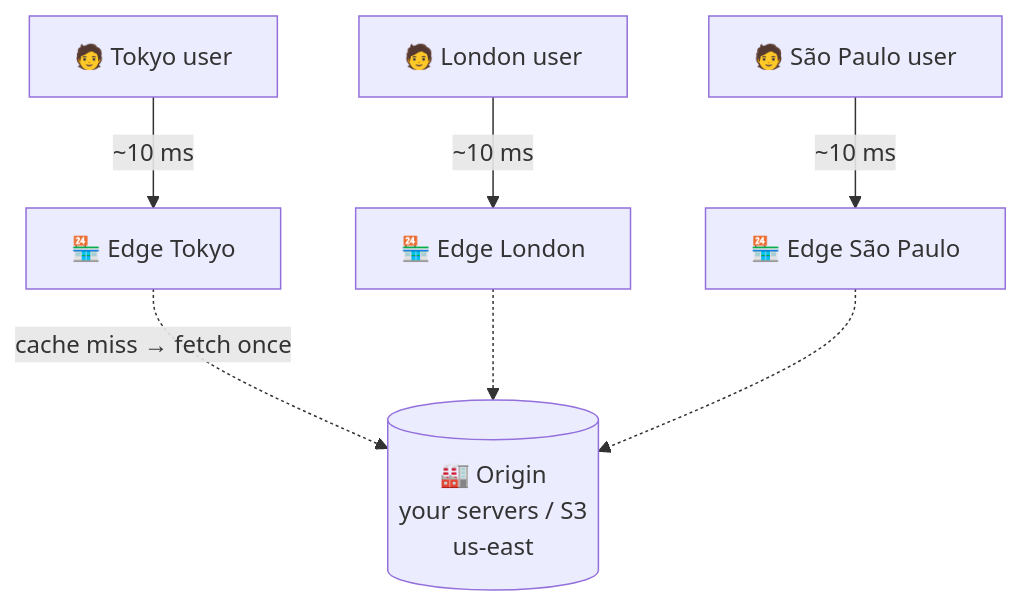
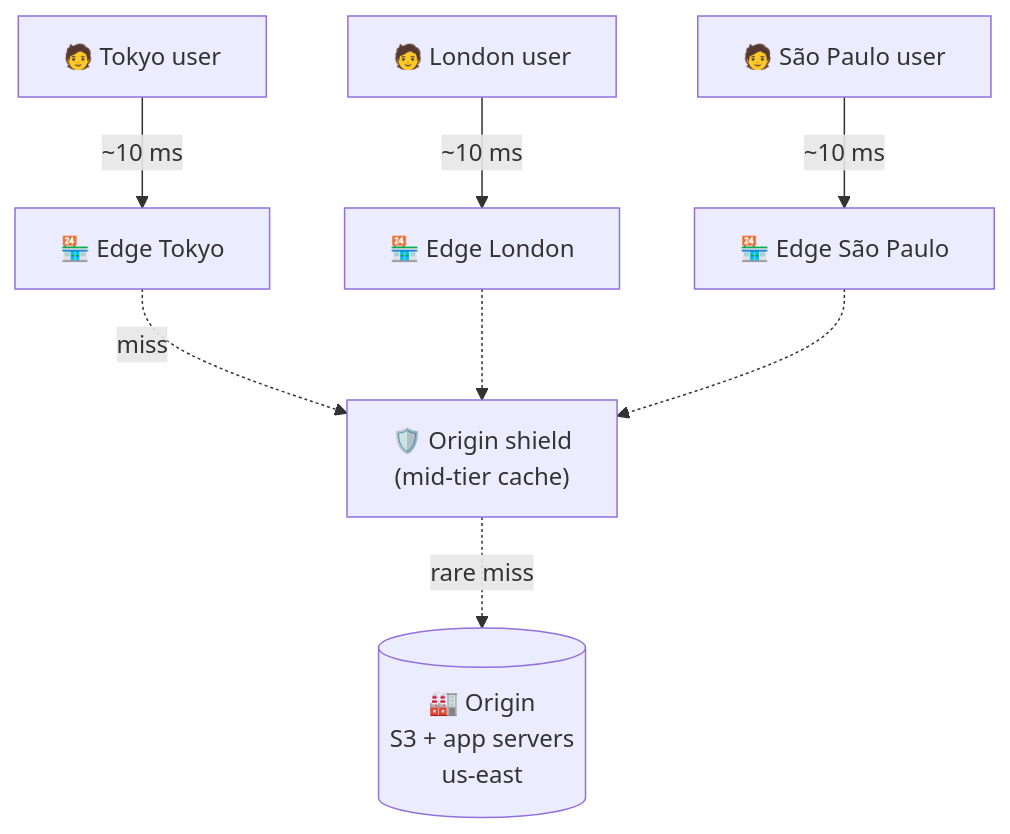
The diagram in phases/03-scaling-basics/023-cdn.md (winnyboy5/System-Design-from-Atoms), drawn with Mermaid before and after one commit. The commit also changed other lines of this file and 9 other files, not shown here.

````diff
--- a/phases/03-scaling-basics/023-cdn.md
+++ b/phases/03-scaling-basics/023-cdn.md
@@ -26,10 +36,11 @@
 ```mermaid
 flowchart TB
-    O[("🏭 Origin<br/>your servers / S3<br/>us-east")]
-    E1["🏪 Edge Tokyo"] -.->|"cache miss → fetch once"| O
-    E2["🏪 Edge London"] -.-> O
-    E3["🏪 Edge São Paulo"] -.-> O
+    O[("🏭 Origin<br/>S3 + app servers<br/>us-east")]
+    SH["🛡️ Origin shield<br/>(mid-tier cache)"] -.->|"rare miss"| O
+    E1["🏪 Edge Tokyo"] -.->|"miss"| SH
+    E2["🏪 Edge London"] -.-> SH
+    E3["🏪 Edge São Paulo"] -.-> SH
     U1["🧑 Tokyo user"] -->|"~10 ms"| E1
     U2["🧑 London user"] -->|"~10 ms"| E2
     U3["🧑 São Paulo user"] -->|"~10 ms"| E3
 ```
````
